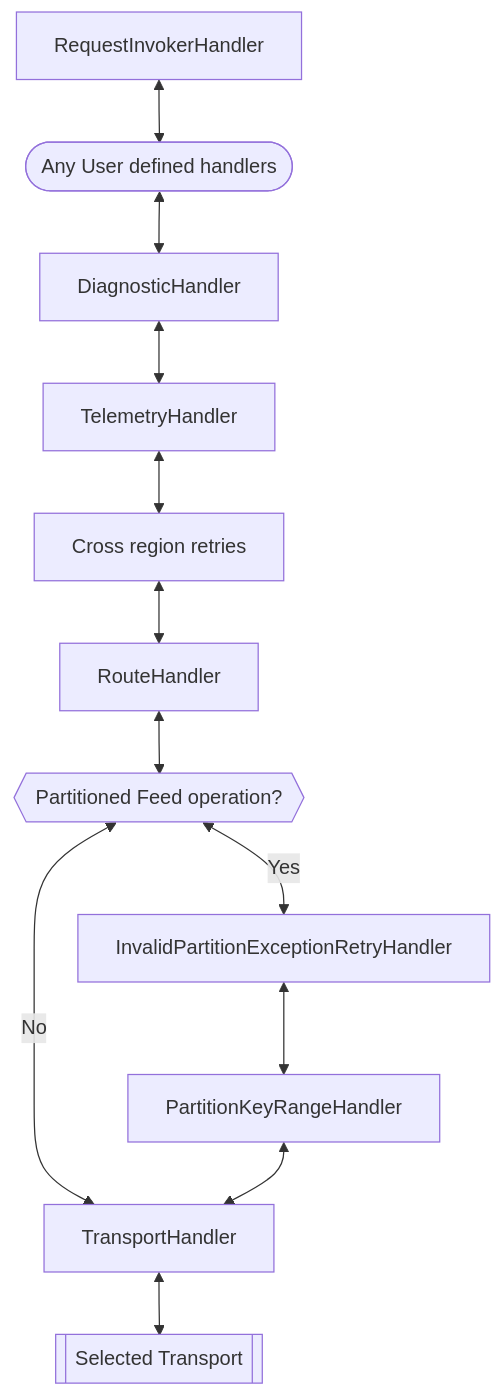
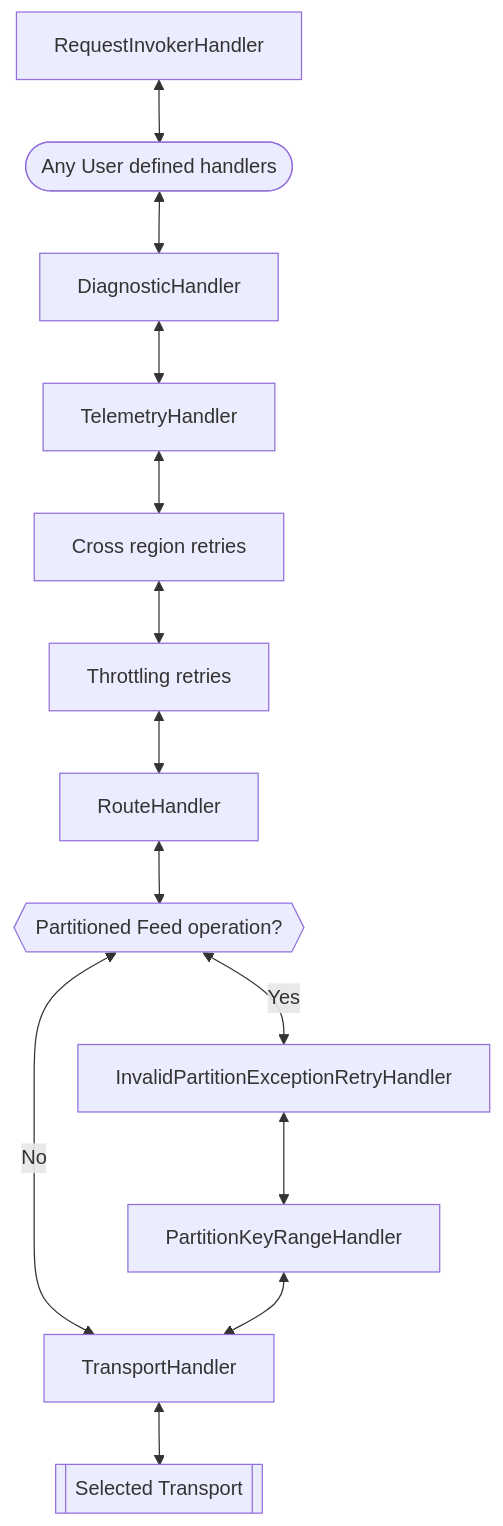
The second of 6 diagrams in docs/SdkDesign.md (Azure/azure-cosmos-dotnet-v3), drawn with Mermaid before and after one commit. The commit also changed other lines of this file, not shown here.

````diff
--- a/docs/SdkDesign.md
+++ b/docs/SdkDesign.md
@@ -26,14 +26,15 @@
 ```mermaid
 flowchart
     RequestInvokerHandler <--> UserHandlers([Any User defined handlers])
     UserHandlers <--> DiagnosticHandler
     DiagnosticHandler <--> TelemetryHandler
     TelemetryHandler <--> RetryHandler[Cross region retries]
-    RetryHandler <--> RouteHandler
+    RetryHandler <--> ThrottlingRetries[Throttling retries]
+    ThrottlingRetries <--> RouteHandler
     RouteHandler <--> IsPartitionedFeedOperation{{Partitioned Feed operation?}}
     IsPartitionedFeedOperation <-- No --> TransportHandler
     IsPartitionedFeedOperation <-- Yes --> InvalidPartitionExceptionRetryHandler
     InvalidPartitionExceptionRetryHandler <--> PartitionKeyRangeHandler
     PartitionKeyRangeHandler <--> TransportHandler
     TransportHandler <--> TransportClient[[Selected Transport]]
 ```
````
